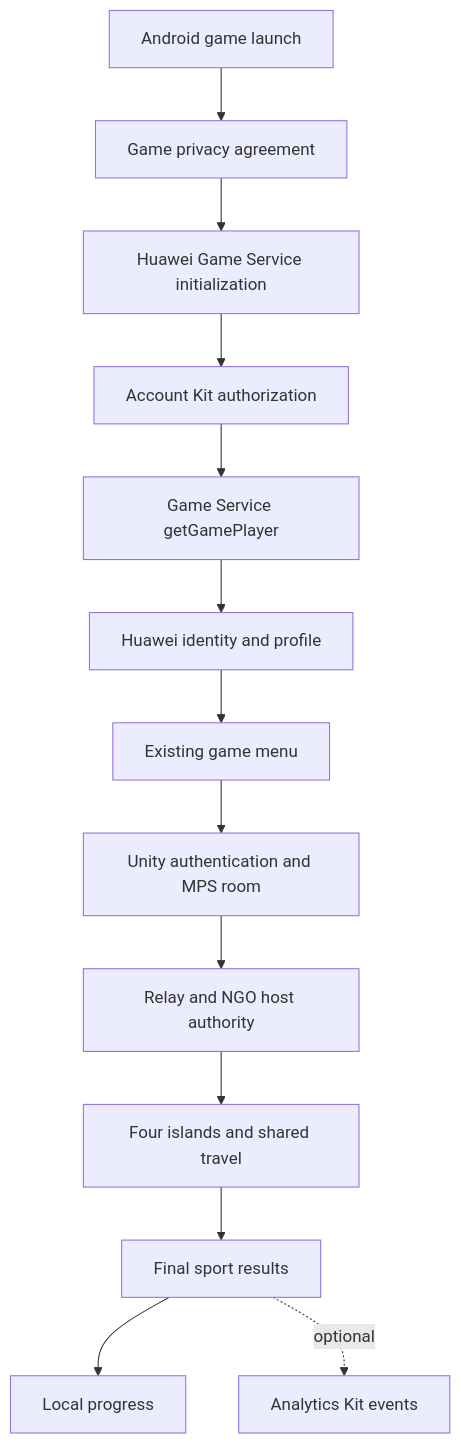
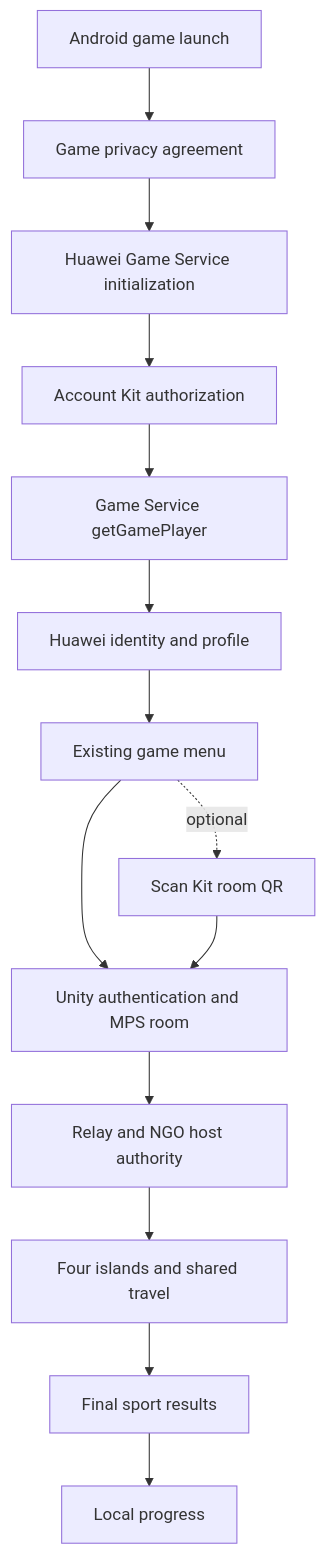
Before and after one commit to Benliew0928/WHATTHE-FISH-: the diagram in Docs/HUAWEI-GAME-SERVICE-RESEARCH.md, drawn with Mermaid. The commit also changed other lines of this file and 1910 other files, not shown here.

````diff
--- a/Docs/HUAWEI-GAME-SERVICE-RESEARCH.md
+++ b/Docs/HUAWEI-GAME-SERVICE-RESEARCH.md
@@ -52,15 +81,16 @@
 ```mermaid
 flowchart TD
     A[Android game launch] --> B[Game privacy agreement]
     B --> C[Huawei Game Service initialization]
     C --> D[Account Kit authorization]
     D --> E[Game Service getGamePlayer]
     E --> F[Huawei identity and profile]
     F --> G[Existing game menu]
     G --> H[Unity authentication and MPS room]
     H --> I[Relay and NGO host authority]
     I --> J[Four islands and shared travel]
     J --> K[Final sport results]
     K --> L[Local progress]
-    K -. optional .-> M[Analytics Kit events]
+    G -. optional .-> M[Scan Kit room QR]
+    M --> H
 ```
````
